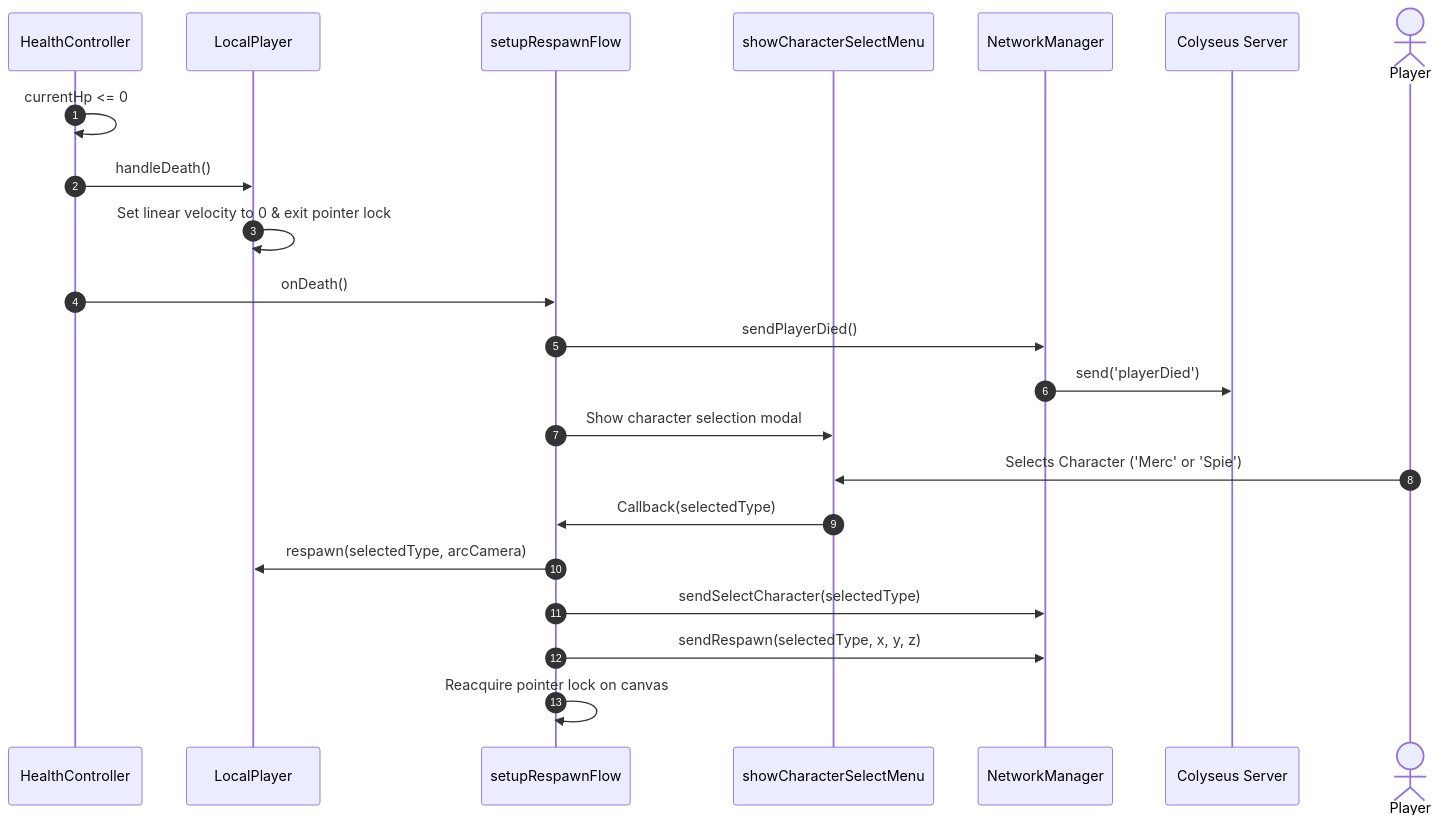
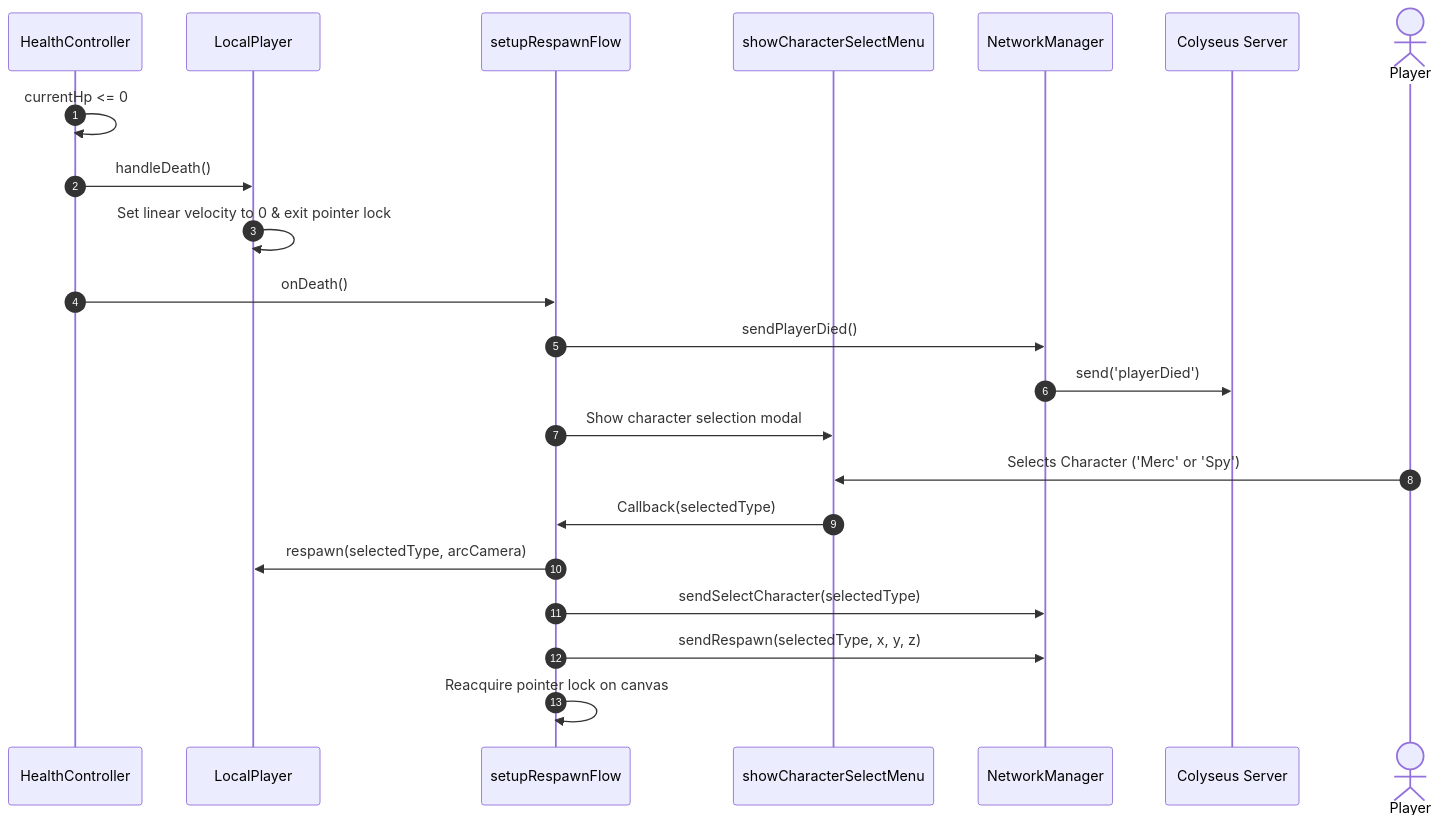
One commit to Asad-Ullah-Turab/Operation-DeltaZero changed the third of 3 diagrams in docs/ARCHITECTURE.md. Above: the diagram before and after it, drawn with Mermaid. The commit also changed other lines of this file and 5 other files, not shown here.

Commit message:
docs: update Spie references to Spy across documentation and comments

````diff
--- a/docs/ARCHITECTURE.md
+++ b/docs/ARCHITECTURE.md
@@ -207,25 +207,25 @@
 ```mermaid
 sequenceDiagram
     autonumber
     participant Health as HealthController
     participant Local as LocalPlayer
     participant Flow as setupRespawnFlow
     participant UI as showCharacterSelectMenu
     participant Net as NetworkManager
     participant Svr as Colyseus Server
 
     Health->>Health: currentHp <= 0
     Health->>Local: handleDeath()
     Local->>Local: Set linear velocity to 0 & exit pointer lock
     Health->>Flow: onDeath()
     Flow->>Net: sendPlayerDied()
     Net->>Svr: send('playerDied')
     Flow->>UI: Show character selection modal
     actor User as Player
-    User->>UI: Selects Character ('Merc' or 'Spie')
+    User->>UI: Selects Character ('Merc' or 'Spy')
     UI->>Flow: Callback(selectedType)
     Flow->>Local: respawn(selectedType, arcCamera)
     Flow->>Net: sendSelectCharacter(selectedType)
     Flow->>Net: sendRespawn(selectedType, x, y, z)
     Flow->>Flow: Reacquire pointer lock on canvas
 ```
````
